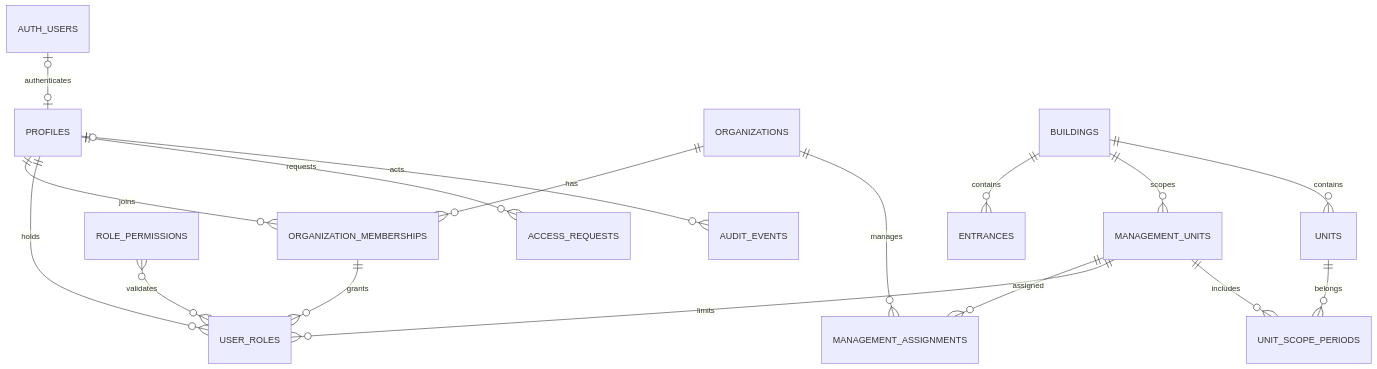
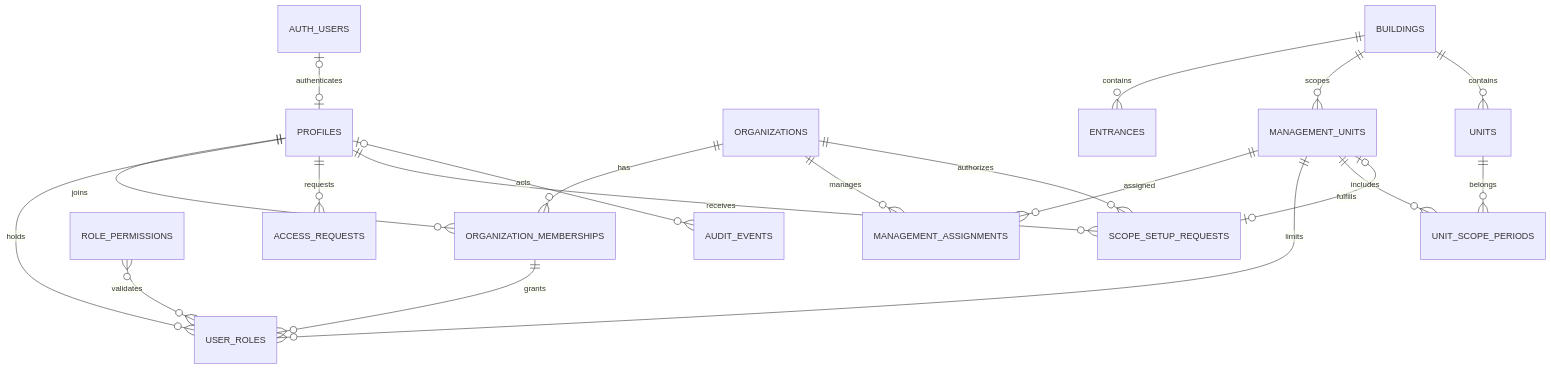
The second of 2 diagrams in docs/public/ARCHITECTURE.md (ilopolo/PropertyHub), drawn with Mermaid before and after one commit. The commit also changed other lines of this file and 16 other files, not shown here.

````diff
--- a/docs/public/ARCHITECTURE.md
+++ b/docs/public/ARCHITECTURE.md
@@ -27,19 +27,22 @@
 ```mermaid
 erDiagram
     AUTH_USERS o|--o| PROFILES : authenticates
     PROFILES ||--o{ ORGANIZATION_MEMBERSHIPS : joins
     ORGANIZATIONS ||--o{ ORGANIZATION_MEMBERSHIPS : has
     ORGANIZATION_MEMBERSHIPS ||--o{ USER_ROLES : grants
     PROFILES ||--o{ USER_ROLES : holds
     ROLE_PERMISSIONS }o--o{ USER_ROLES : validates
     BUILDINGS ||--o{ ENTRANCES : contains
     BUILDINGS ||--o{ MANAGEMENT_UNITS : scopes
     BUILDINGS ||--o{ UNITS : contains
     MANAGEMENT_UNITS ||--o{ MANAGEMENT_ASSIGNMENTS : assigned
     ORGANIZATIONS ||--o{ MANAGEMENT_ASSIGNMENTS : manages
     MANAGEMENT_UNITS ||--o{ USER_ROLES : limits
     MANAGEMENT_UNITS ||--o{ UNIT_SCOPE_PERIODS : includes
     UNITS ||--o{ UNIT_SCOPE_PERIODS : belongs
     PROFILES ||--o{ ACCESS_REQUESTS : requests
+    ORGANIZATIONS ||--o{ SCOPE_SETUP_REQUESTS : authorizes
+    PROFILES ||--o{ SCOPE_SETUP_REQUESTS : receives
+    MANAGEMENT_UNITS o|--o| SCOPE_SETUP_REQUESTS : fulfills
     PROFILES o|--o{ AUDIT_EVENTS : acts
 ```
````
